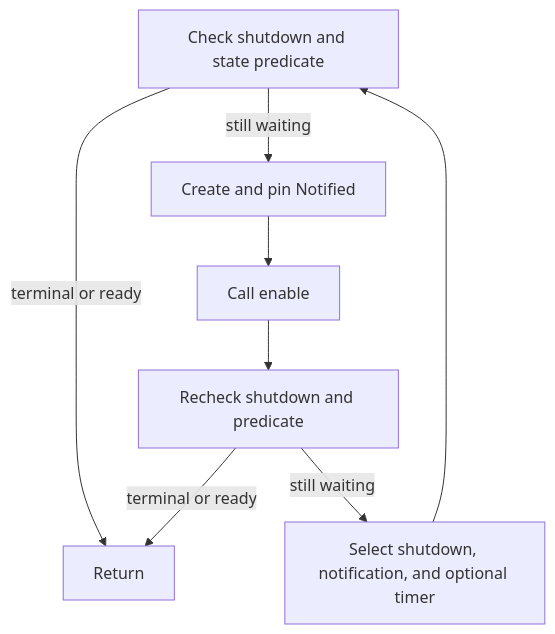
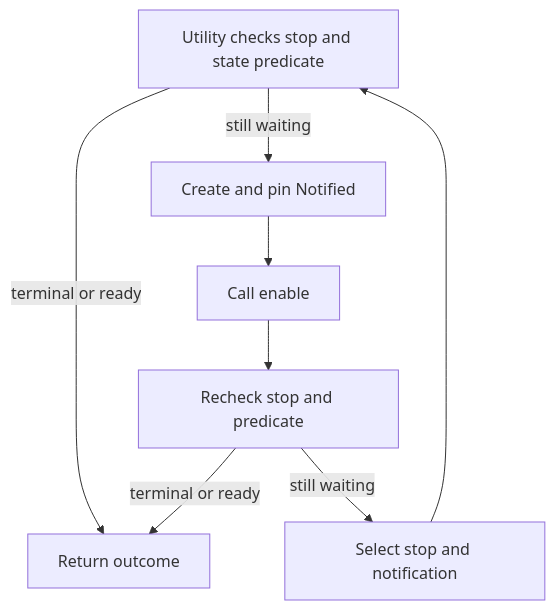
Before and after one commit to Tele-AI/Fluxon: the diagram in fluxon_doc_en/dev_doc/Developer - 5 - Tokio Notify Usage Rules.md, drawn with Mermaid. The commit also changed other lines of this file and 11 other files, not shown here.

````diff
--- a/fluxon_doc_en/dev_doc/Developer - 5 - Tokio Notify Usage Rules.md
+++ b/fluxon_doc_en/dev_doc/Developer - 5 - Tokio Notify Usage Rules.md
@@ -92,10 +85,10 @@
 ```mermaid
 flowchart TD
-    A[Check shutdown and state predicate] -->|terminal or ready| Z[Return]
+    A[Utility checks stop and state predicate] -->|terminal or ready| Z[Return outcome]
     A -->|still waiting| B[Create and pin Notified]
     B --> C[Call enable]
-    C --> D[Recheck shutdown and predicate]
+    C --> D[Recheck stop and predicate]
     D -->|terminal or ready| Z
-    D -->|still waiting| E[Select shutdown, notification, and optional timer]
+    D -->|still waiting| E[Select stop and notification]
     E --> A
 ```
````
